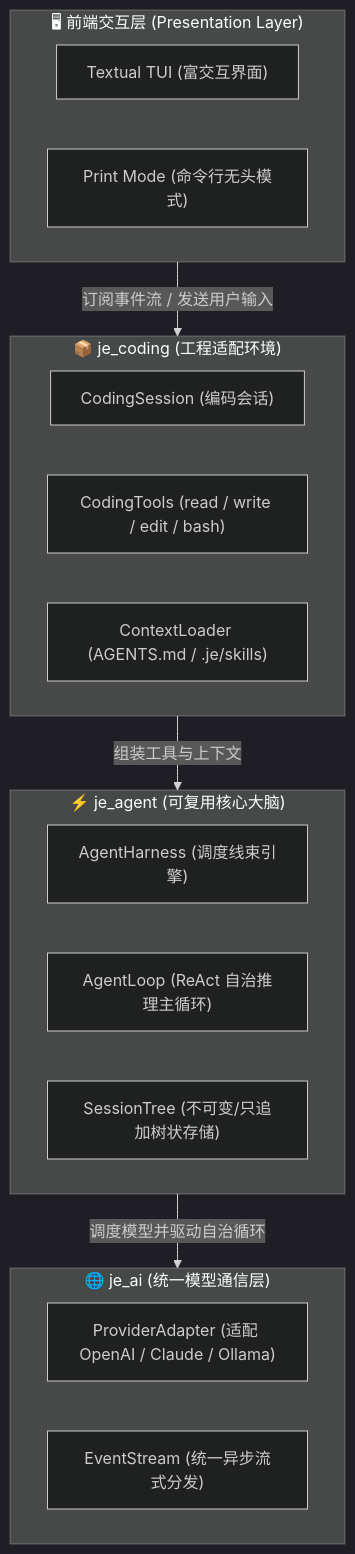
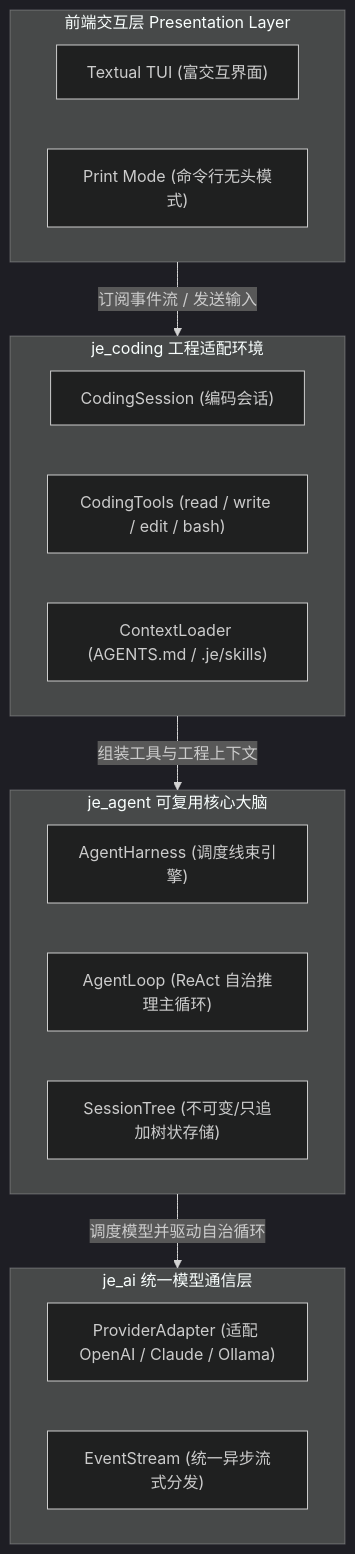
The diagram in README.md (JeffreyLei03/JE), drawn with Mermaid (dark theme) before and after one commit.

Commit message:
fix(docs): fix mermaid syntax compatibility on GitHub

````diff
--- a/README.md
+++ b/README.md
@@ -17,28 +17,28 @@
 ```mermaid
-graph TD
-    subgraph UI ["🖥 前端交互层 (Presentation Layer)"]
+flowchart TD
+    subgraph UI[前端交互层 Presentation Layer]
         TUI["Textual TUI (富交互界面)"]
         CLI["Print Mode (命令行无头模式)"]
     end
 
-    subgraph Coding ["📦 je_coding (工程适配环境)"]
+    subgraph Coding[je_coding 工程适配环境]
         Session["CodingSession (编码会话)"]
         Tools["CodingTools (read / write / edit / bash)"]
         Context["ContextLoader (AGENTS.md / .je/skills)"]
     end
 
-    subgraph Core ["⚡ je_agent (可复用核心大脑)"]
+    subgraph Core[je_agent 可复用核心大脑]
         Harness["AgentHarness (调度线束引擎)"]
         Loop["AgentLoop (ReAct 自治推理主循环)"]
         Tree["SessionTree (不可变/只追加树状存储)"]
     end
 
-    subgraph AI ["🌐 je_ai (统一模型通信层)"]
+    subgraph AI[je_ai 统一模型通信层]
         Provider["ProviderAdapter (适配 OpenAI / Claude / Ollama)"]
         Stream["EventStream (统一异步流式分发)"]
     end
 
-    UI -->|"订阅事件流 / 发送用户输入"| Coding
-    Coding -->|"组装工具与上下文"| Core
-    Core -->|"调度模型并驱动自治循环"| AI
+    UI -->|订阅事件流 / 发送输入| Coding
+    Coding -->|组装工具与工程上下文| Core
+    Core -->|调度模型并驱动自治循环| AI
 ```
````
